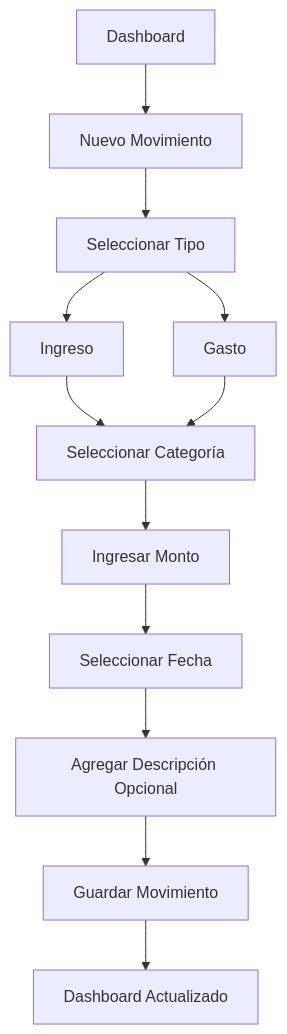
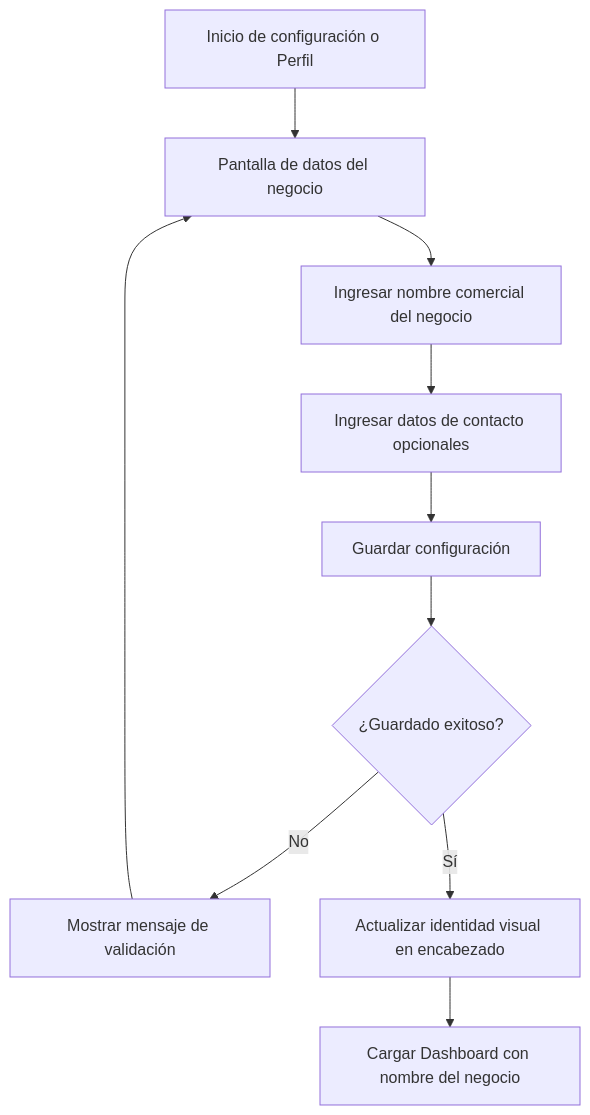
Before and after one commit to RonnieRBG/td_cajaclara: the second of 11 diagrams in ux/user-flows/userflows-cajaclara.md, drawn with Mermaid. The commit also changed other lines of this file, not shown here.

Commit message:
Se actualiza user flows

````diff
--- a/ux/user-flows/userflows-cajaclara.md
+++ b/ux/user-flows/userflows-cajaclara.md
@@ -59,22 +73,12 @@
 ```mermaid
 flowchart TD
-    A[Dashboard] --> B[Nuevo Movimiento]
-
-    B --> C[Seleccionar Tipo]
-
-    C --> D[Ingreso]
-    C --> E[Gasto]
-
-    D --> F[Seleccionar Categoría]
-    E --> F
-
-    F --> G[Ingresar Monto]
-
-    G --> H[Seleccionar Fecha]
-
-    H --> I[Agregar Descripción Opcional]
-
-    I --> J[Guardar Movimiento]
-
-    J --> K[Dashboard Actualizado]
+    A[Inicio de configuración o Perfil] --> B[Pantalla de datos del negocio]
+    B --> C[Ingresar nombre comercial del negocio]
+    C --> D[Ingresar datos de contacto opcionales]
+    D --> E[Guardar configuración]
+    E --> F{¿Guardado exitoso?}
+    F -->|No| G[Mostrar mensaje de validación]
+    G --> B
+    F -->|Sí| H[Actualizar identidad visual en encabezado]
+    H --> I[Cargar Dashboard con nombre del negocio]
 ```
````
